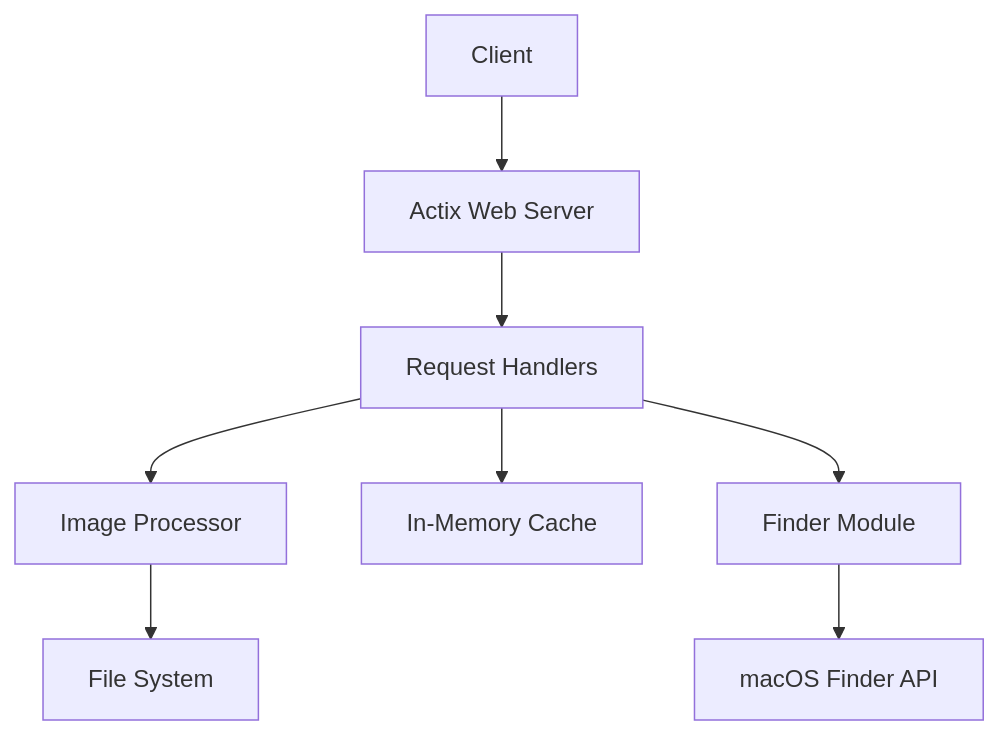
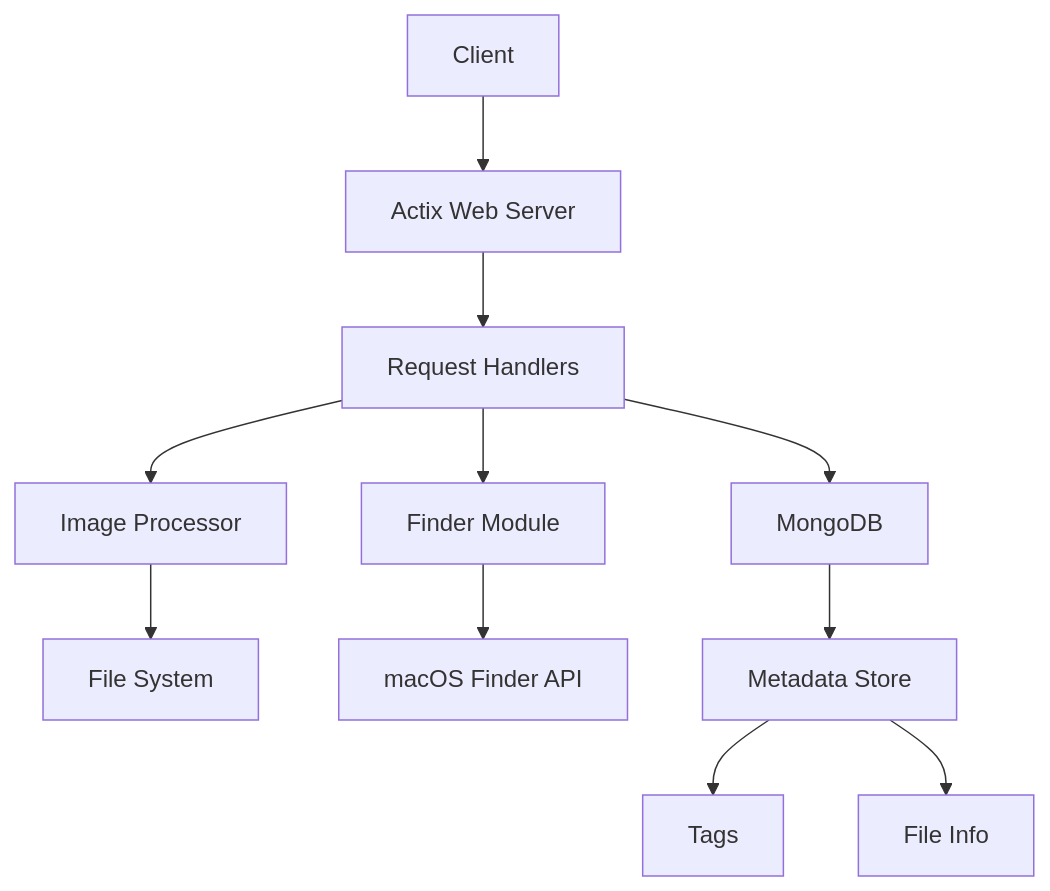
Before and after one commit to WJeffBridwell/images-api: the diagram in README.md, drawn with Mermaid. The commit also changed other lines of this file and 1 other file, not shown here.

Commit message:
Update documentation with comprehensive architecture and deployment details

````diff
--- a/README.md
+++ b/README.md
@@ -23,10 +21,13 @@
 ```mermaid
 graph TD
     A[Client] --> B[Actix Web Server]
     B --> C[Request Handlers]
     C --> D[Image Processor]
     D --> E[File System]
-    C --> F[In-Memory Cache]
+    C --> F[MongoDB]
     C --> G[Finder Module]
     G --> H[macOS Finder API]
+    F --> I[Metadata Store]
+    I --> J[Tags]
+    I --> K[File Info]
 ```
````
